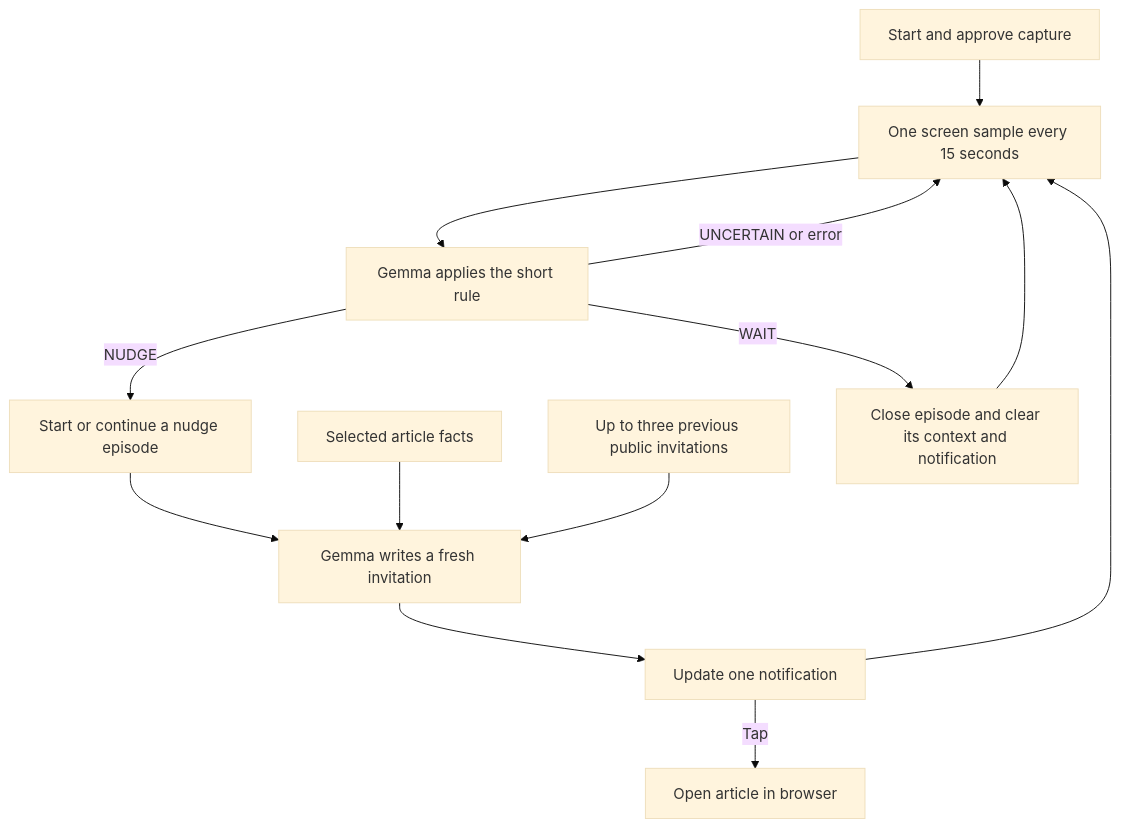
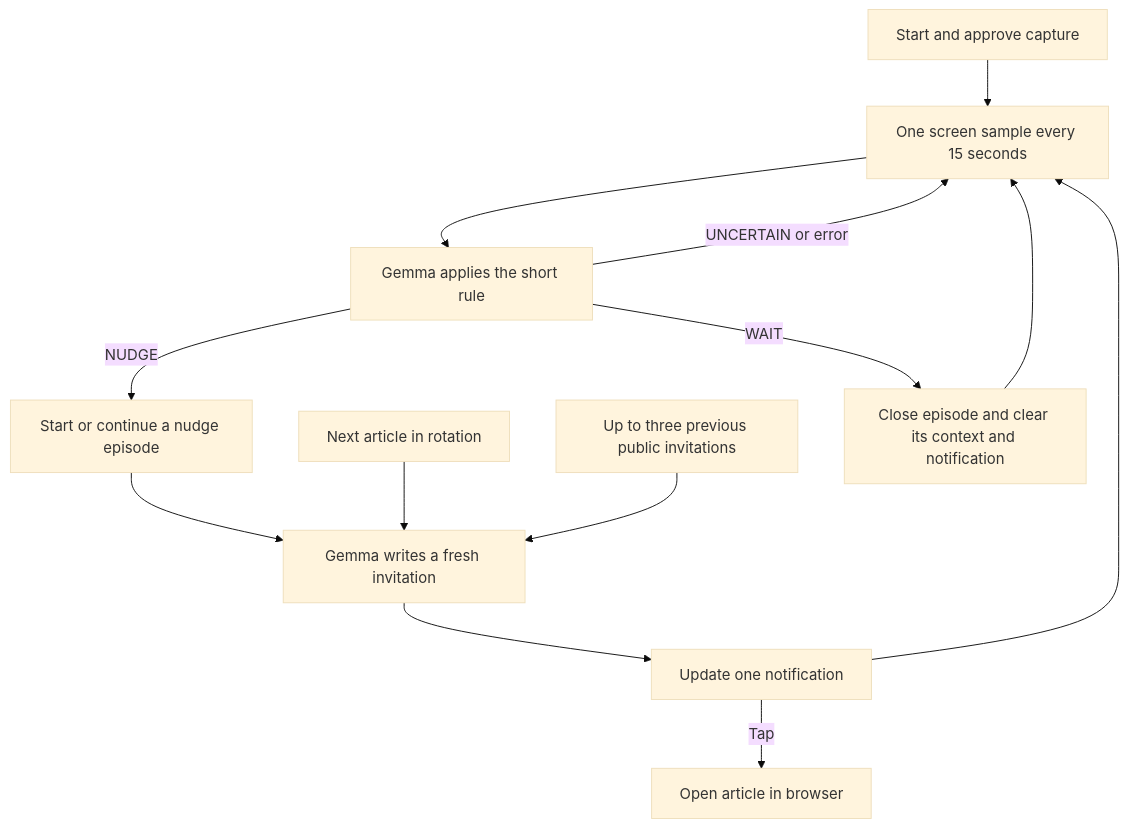
Before and after one commit to rrwwee/productivity: the diagram in docs/demo-v2.md, drawn with Mermaid (base theme). The commit also changed other lines of this file and 7 other files, not shown here.

````diff
--- a/docs/demo-v2.md
+++ b/docs/demo-v2.md
@@ -8,15 +8,15 @@
 ```mermaid
 flowchart TD
     Start[Start and approve capture] --> Sample[One screen sample every 15 seconds]
     Sample --> Judge[Gemma applies the short rule]
     Judge -->|NUDGE| Episode[Start or continue a nudge episode]
     Episode --> Write[Gemma writes a fresh invitation]
-    Facts[Selected article facts] --> Write
+    Facts[Next article in rotation] --> Write
     History[Up to three previous public invitations] --> Write
     Write --> Notify[Update one notification]
     Notify --> Sample
     Judge -->|WAIT| Resolve[Close episode and clear its context and notification]
     Resolve --> Sample
     Judge -->|UNCERTAIN or error| Sample
     Notify -->|Tap| Article[Open article in browser]
 ```
````
